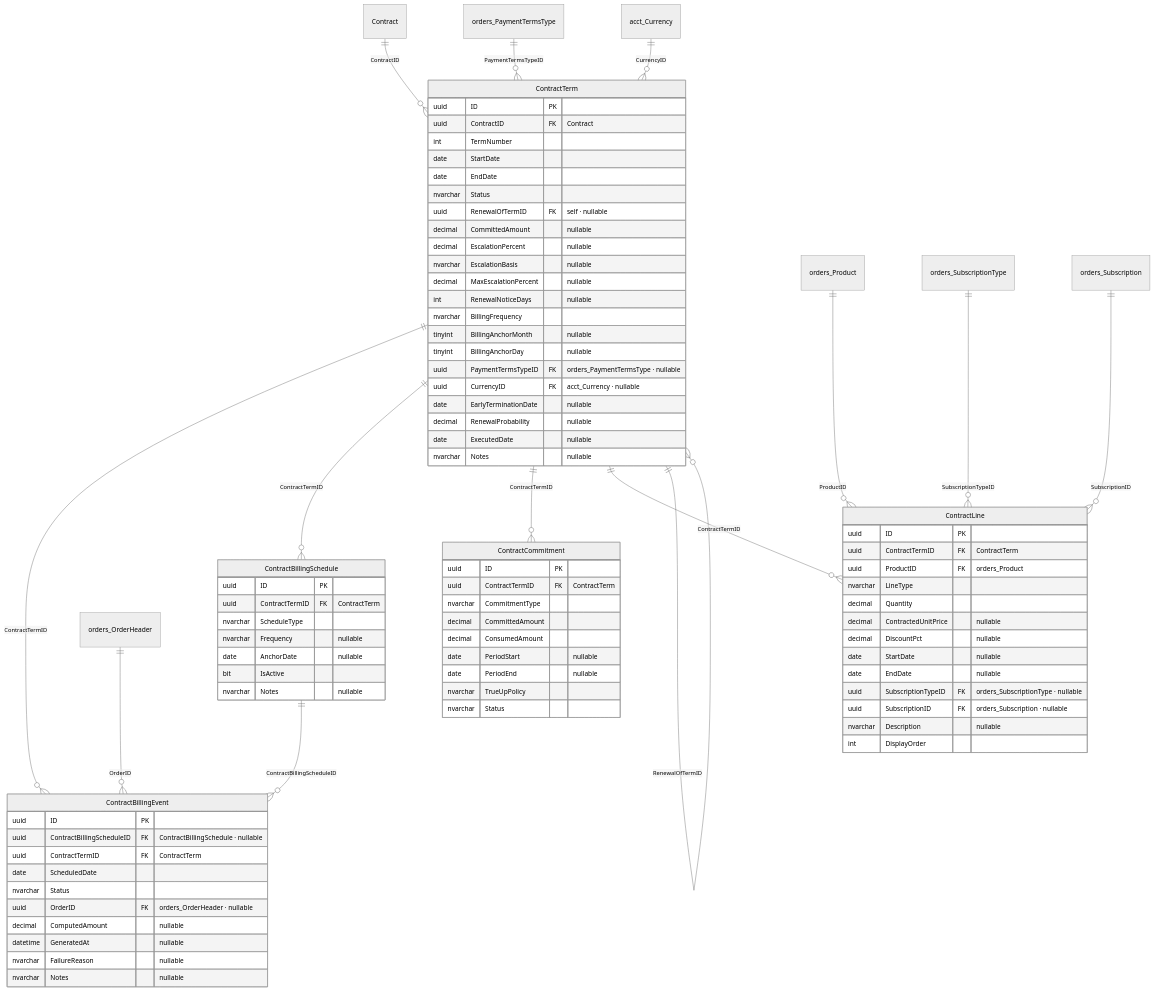
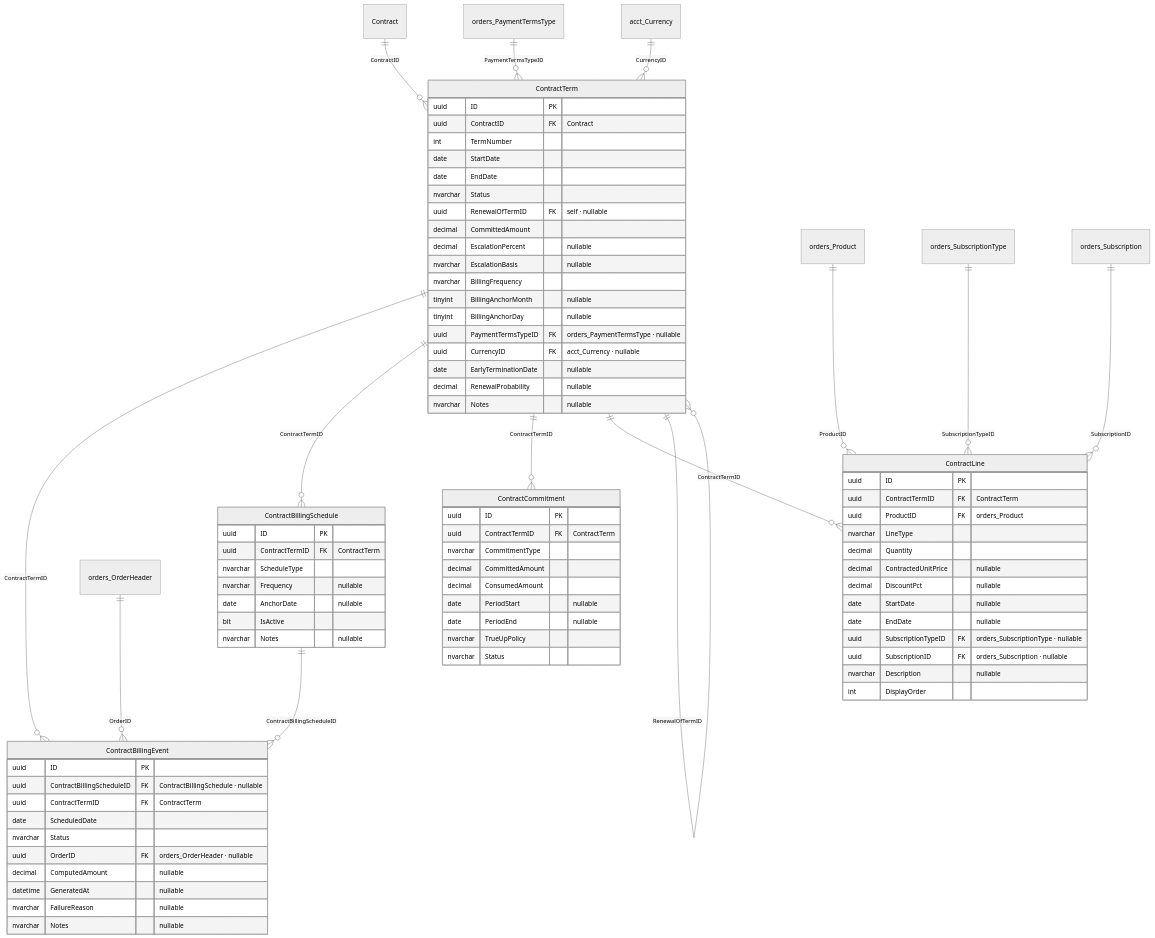
One commit to MemberJunction/bizapps-contracts changed the fifth of 6 diagrams in docs/ERD.md. Above: the diagram before and after it, drawn with Mermaid (neutral theme). The commit also changed other lines of this file and 27 other files, not shown here.

First line of the commit message:
Four schema changes, and the page layout that was viewport-dependent

```diff
--- a/docs/ERD.md
+++ b/docs/ERD.md
@@ -603,11 +607,9 @@
         date EndDate
         nvarchar Status
         uuid RenewalOfTermID FK "self · nullable"
-        decimal CommittedAmount "nullable"
+        decimal CommittedAmount
         decimal EscalationPercent "nullable"
         nvarchar EscalationBasis "nullable"
-        decimal MaxEscalationPercent "nullable"
-        int RenewalNoticeDays "nullable"
         nvarchar BillingFrequency
         tinyint BillingAnchorMonth "nullable"
         tinyint BillingAnchorDay "nullable"
@@ -615,7 +617,6 @@
         uuid CurrencyID FK "acct_Currency · nullable"
         date EarlyTerminationDate "nullable"
         decimal RenewalProbability "nullable"
-        date ExecutedDate "nullable"
         nvarchar Notes "nullable"
     }
 
```
